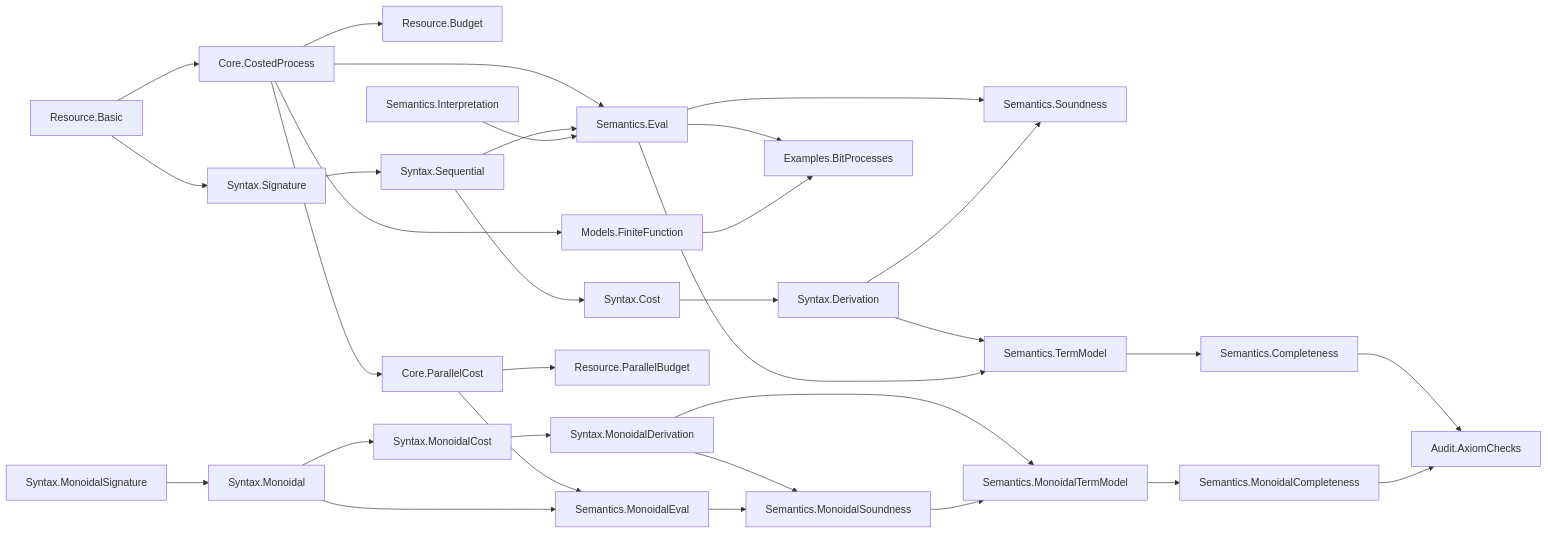
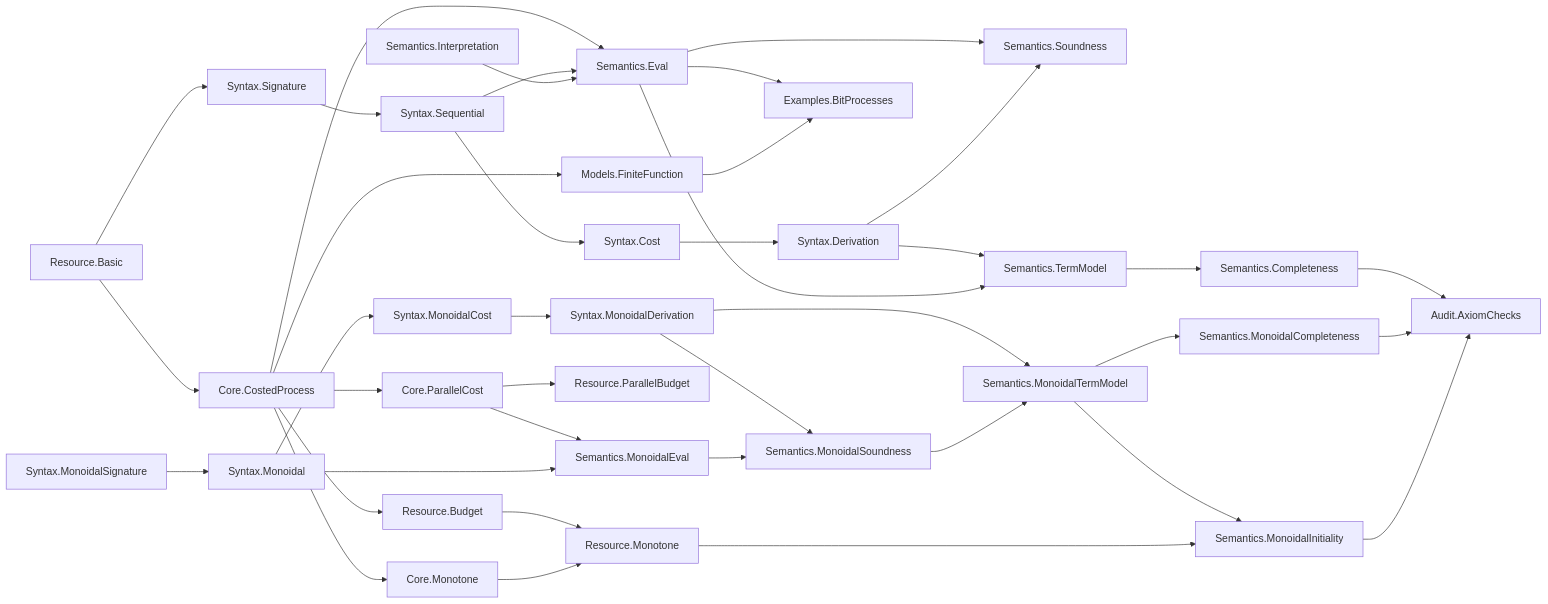
One commit to miuchan/ript changed the diagram in BLUEPRINT.md. Above: the diagram before and after it, drawn with Mermaid. The commit also changed other lines of this file and 10 other files, not shown here.

````diff
--- a/BLUEPRINT.md
+++ b/BLUEPRINT.md
@@ -9,34 +9,40 @@
 ```mermaid
 flowchart LR
   Resource["Resource.Basic"] --> Costed["Core.CostedProcess"]
   Costed --> Budget["Resource.Budget"]
   Resource --> Signature["Syntax.Signature"]
   Signature --> Sequential["Syntax.Sequential"]
   Sequential --> Cost["Syntax.Cost"]
   Cost --> Derivation["Syntax.Derivation"]
   Costed --> Eval["Semantics.Eval"]
   Sequential --> Eval
   Interpretation["Semantics.Interpretation"] --> Eval
   Eval --> Soundness["Semantics.Soundness"]
   Derivation --> Soundness
   Derivation --> TermModel["Semantics.TermModel"]
   Eval --> TermModel
   TermModel --> Completeness["Semantics.Completeness"]
   Costed --> FiniteFunction["Models.FiniteFunction"]
   Eval --> BitProcesses["Examples.BitProcesses"]
   FiniteFunction --> BitProcesses["Examples.BitProcesses"]
   Completeness --> Audit["Audit.AxiomChecks"]
   Costed --> ParallelCost["Core.ParallelCost"]
+  Costed --> Monotone["Core.Monotone"]
+  Budget --> ResourceMonotone["Resource.Monotone"]
+  Monotone --> ResourceMonotone
   ParallelCost --> ParallelBudget["Resource.ParallelBudget"]
   MonoidalSignature["Syntax.MonoidalSignature"] --> MonoidalExpr["Syntax.Monoidal"]
   MonoidalExpr --> MonoidalCost["Syntax.MonoidalCost"]
   MonoidalCost --> MonoidalDerivation["Syntax.MonoidalDerivation"]
   ParallelCost --> MonoidalEval["Semantics.MonoidalEval"]
   MonoidalExpr --> MonoidalEval
   MonoidalDerivation --> MonoidalSoundness["Semantics.MonoidalSoundness"]
   MonoidalEval --> MonoidalSoundness
   MonoidalDerivation --> MonoidalTermModel["Semantics.MonoidalTermModel"]
   MonoidalSoundness --> MonoidalTermModel
   MonoidalTermModel --> MonoidalCompleteness["Semantics.MonoidalCompleteness"]
+  MonoidalTermModel --> MonoidalInitiality["Semantics.MonoidalInitiality"]
+  ResourceMonotone --> MonoidalInitiality
   MonoidalCompleteness --> Audit
+  MonoidalInitiality --> Audit
 ```
````
